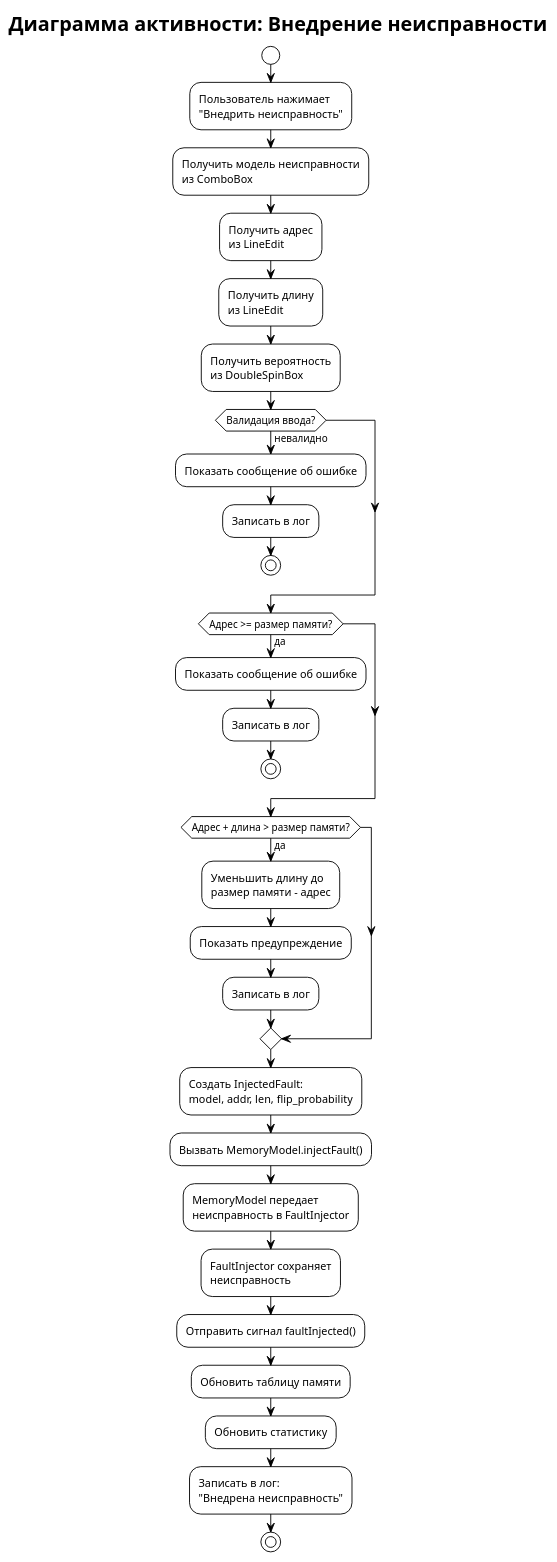
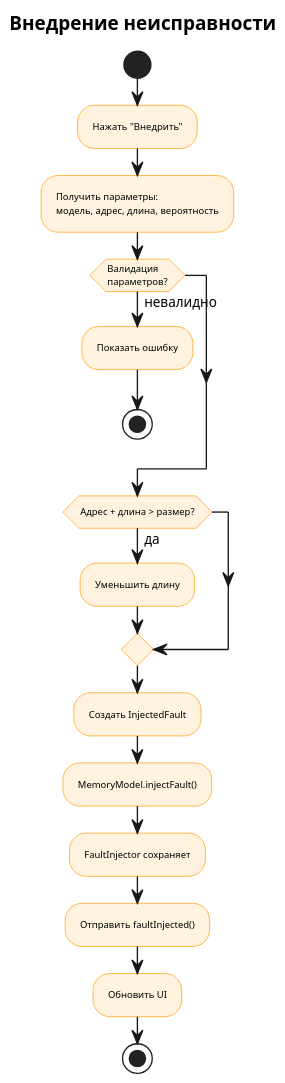
One commit to Jalet-fry/RAM_clone changed the diagram in docs/activity_inject_fault.puml. Above: the diagram before and after it, drawn with PlantUML. The commit also changed other lines of this file and 35 other files, not shown here.

Commit message:
docs and diagrams

```diff
--- a/docs/activity_inject_fault.puml
+++ b/docs/activity_inject_fault.puml
@@ -1,54 +1,38 @@
 @startuml activity_inject_fault
-!theme plain
+scale 1.5
+skinparam {
+    shadowing false
+    linetype ortho
+    defaultFontSize 10
+    padding 1
+}
 
-title Диаграмма активности: Внедрение неисправности
+skinparam activity {
+    BackgroundColor #FFF3E0
+    BorderColor #FF9800
+    FontSize 7
+}
+
+title Внедрение неисправности
 
 start
+:Нажать "Внедрить";
+:Получить параметры:\nмодель, адрес, длина, вероятность;
 
-:Пользователь нажимает\n"Внедрить неисправность";
-
-:Получить модель неисправности\nиз ComboBox;
-
-:Получить адрес\nиз LineEdit;
-
-:Получить длину\nиз LineEdit;
-
-:Получить вероятность\nиз DoubleSpinBox;
-
-if (Валидация ввода?) then (невалидно)
-    :Показать сообщение об ошибке;
-    :Записать в лог;
+if (Валидация\nпараметров?) then (невалидно)
+    :Показать ошибку;
     stop
 endif
 
-if (Адрес >= размер памяти?) then (да)
-    :Показать сообщение об ошибке;
-    :Записать в лог;
-    stop
+if (Адрес + длина > размер?) then (да)
+    :Уменьшить длину;
 endif
 
-if (Адрес + длина > размер памяти?) then (да)
-    :Уменьшить длину до\nразмер памяти - адрес;
-    :Показать предупреждение;
-    :Записать в лог;
-endif
-
-:Создать InjectedFault:\nmodel, addr, len, flip_probability;
-
-:Вызвать MemoryModel.injectFault();
-
-:MemoryModel передает\nнеисправность в FaultInjector;
-
-:FaultInjector сохраняет\nнеисправность;
-
-:Отправить сигнал faultInjected();
-
-:Обновить таблицу памяти;
-
-:Обновить статистику;
-
-:Записать в лог:\n"Внедрена неисправность";
-
+:Создать InjectedFault;
+:MemoryModel.injectFault();
+:FaultInjector сохраняет;
+:Отправить faultInjected();
+:Обновить UI;
 stop
 
 @enduml
```
